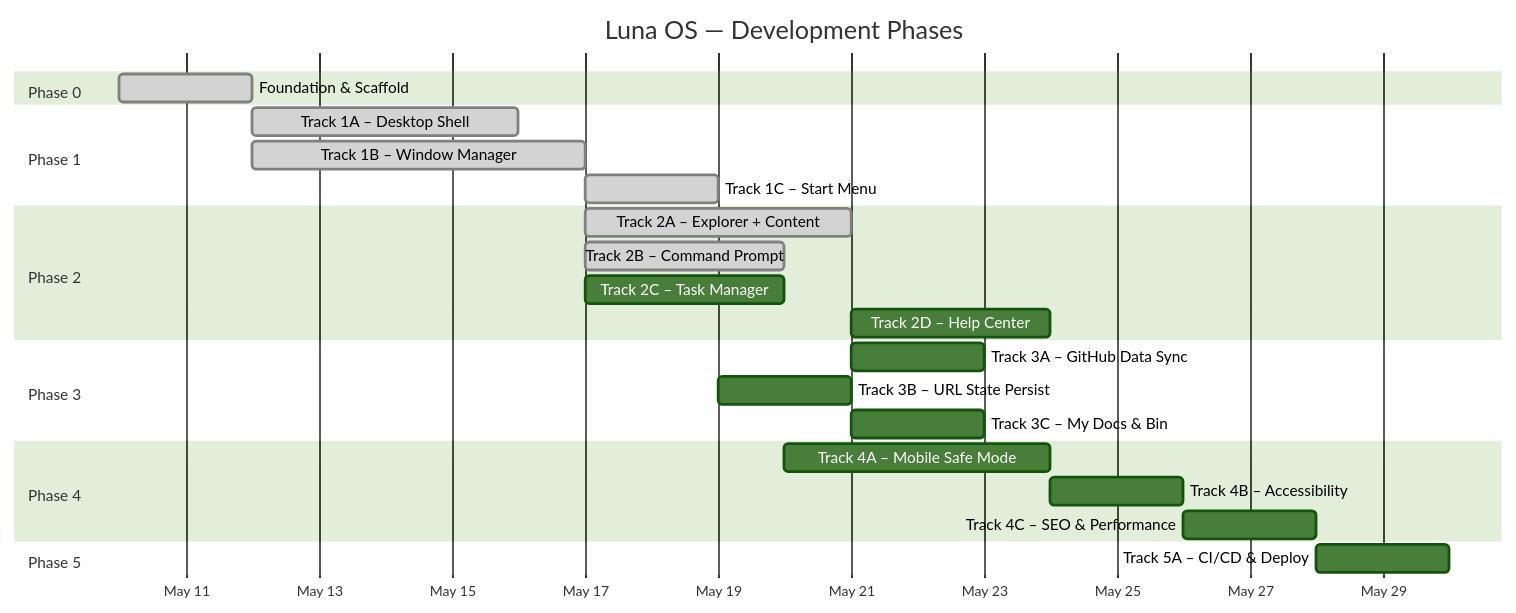
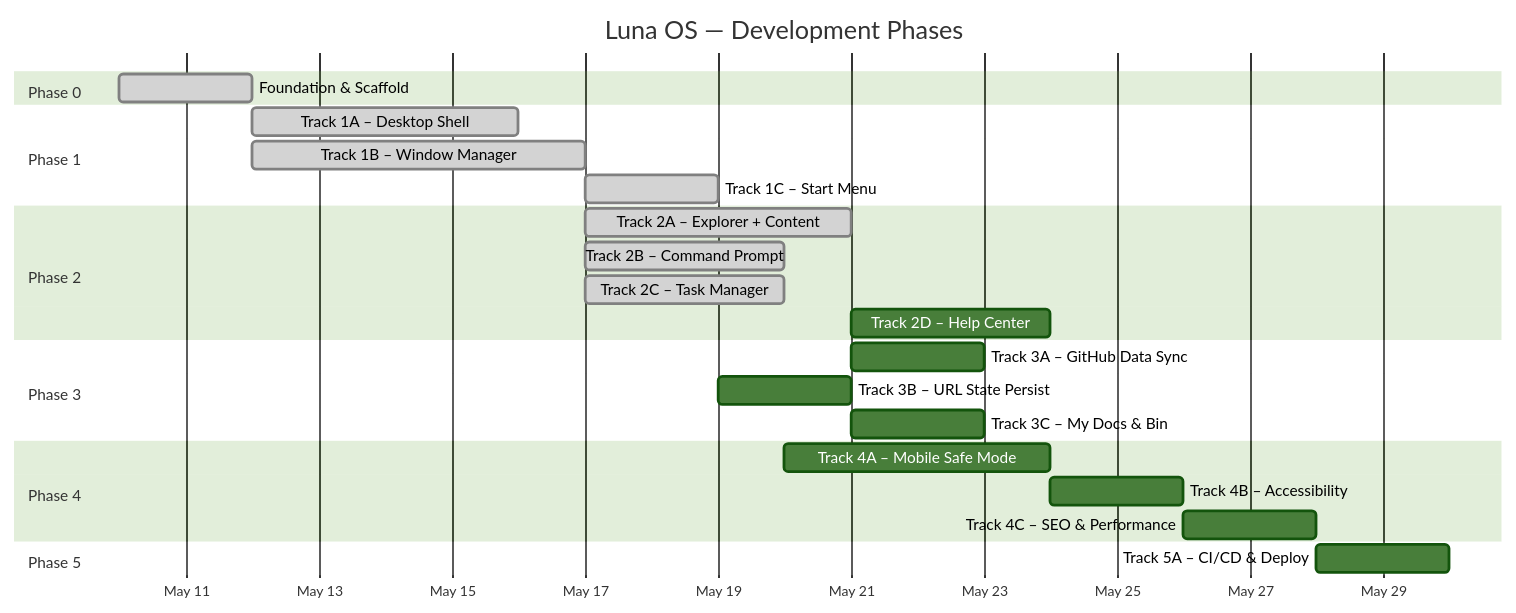
Before and after one commit to mansyar/portfolio-v3: the first of 2 diagrams in docs/ROADMAP.md, drawn with Mermaid (forest theme). The commit also changed other lines of this file and 6 other files, not shown here.

Commit message:
docs(conductor): Synchronize docs for track 'Task Manager (Track 2C)'

````diff
--- a/docs/ROADMAP.md
+++ b/docs/ROADMAP.md
@@ -11,33 +11,33 @@
 ```mermaid
 gantt
     title Luna OS — Development Phases
     dateFormat  YYYY-MM-DD
     axisFormat  %b %d
 
     section Phase 0
     Foundation & Scaffold         :done, p0, 2026-05-10, 2d
 
     section Phase 1
     Track 1A – Desktop Shell      :done, p1a, after p0, 4d
     Track 1B – Window Manager     :done, p1b, after p0, 5d
     Track 1C – Start Menu         :done, p1c, after p1b, 2d
 
     section Phase 2
     Track 2A – Explorer + Content :done, p2a, after p1b, 4d
     Track 2B – Command Prompt     :done, p2b, after p1b, 3d
-    Track 2C – Task Manager       :p2c, after p1b, 3d
+    Track 2C – Task Manager       :done, p2c, after p1b, 3d
     Track 2D – Help Center        :p2d, after p2a, 3d
 
     section Phase 3
     Track 3A – GitHub Data Sync   :p3a, after p2a, 2d
     Track 3B – URL State Persist  :p3b, after p1c, 2d
     Track 3C – My Docs & Bin      :p3c, after p2a, 2d
 
     section Phase 4
     Track 4A – Mobile Safe Mode   :p4a, after p2b, 4d
     Track 4B – Accessibility      :p4b, after p4a, 2d
     Track 4C – SEO & Performance  :p4c, after p4b, 2d
 
     section Phase 5
     Track 5A – CI/CD & Deploy     :p5a, after p4c, 2d
 ```
````
